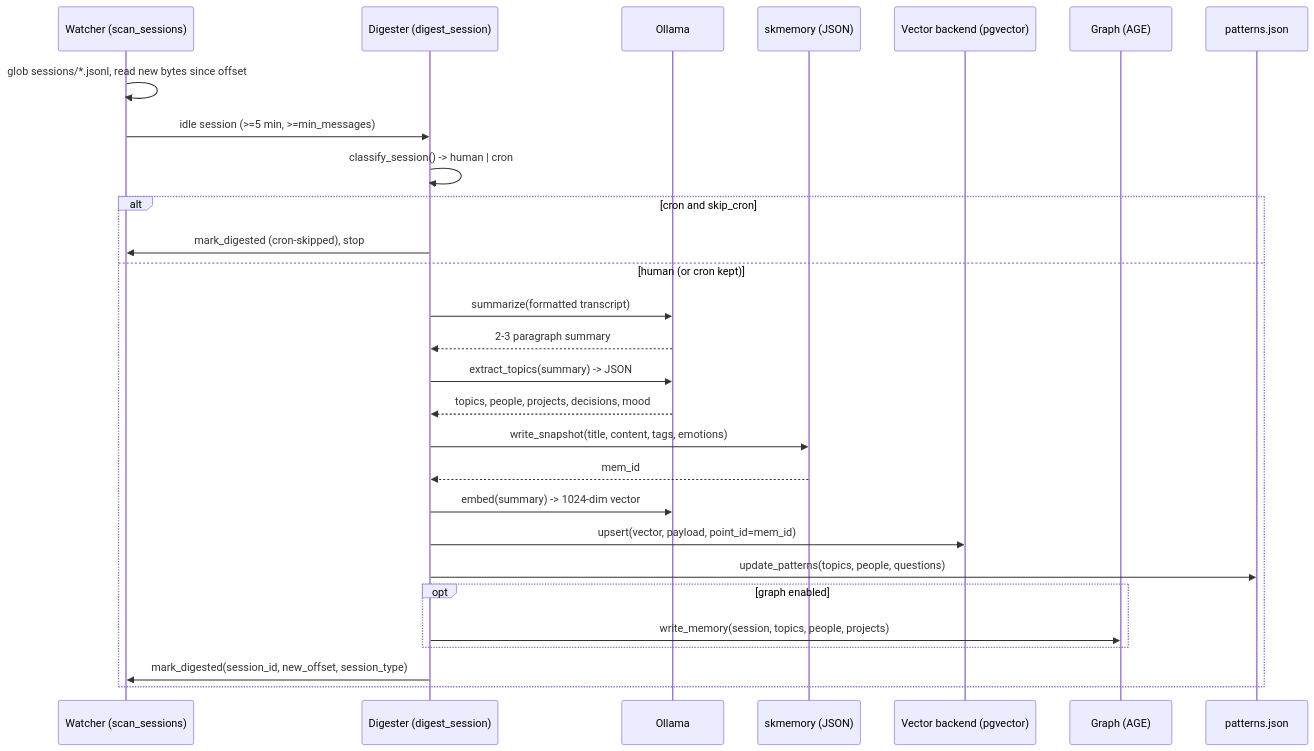
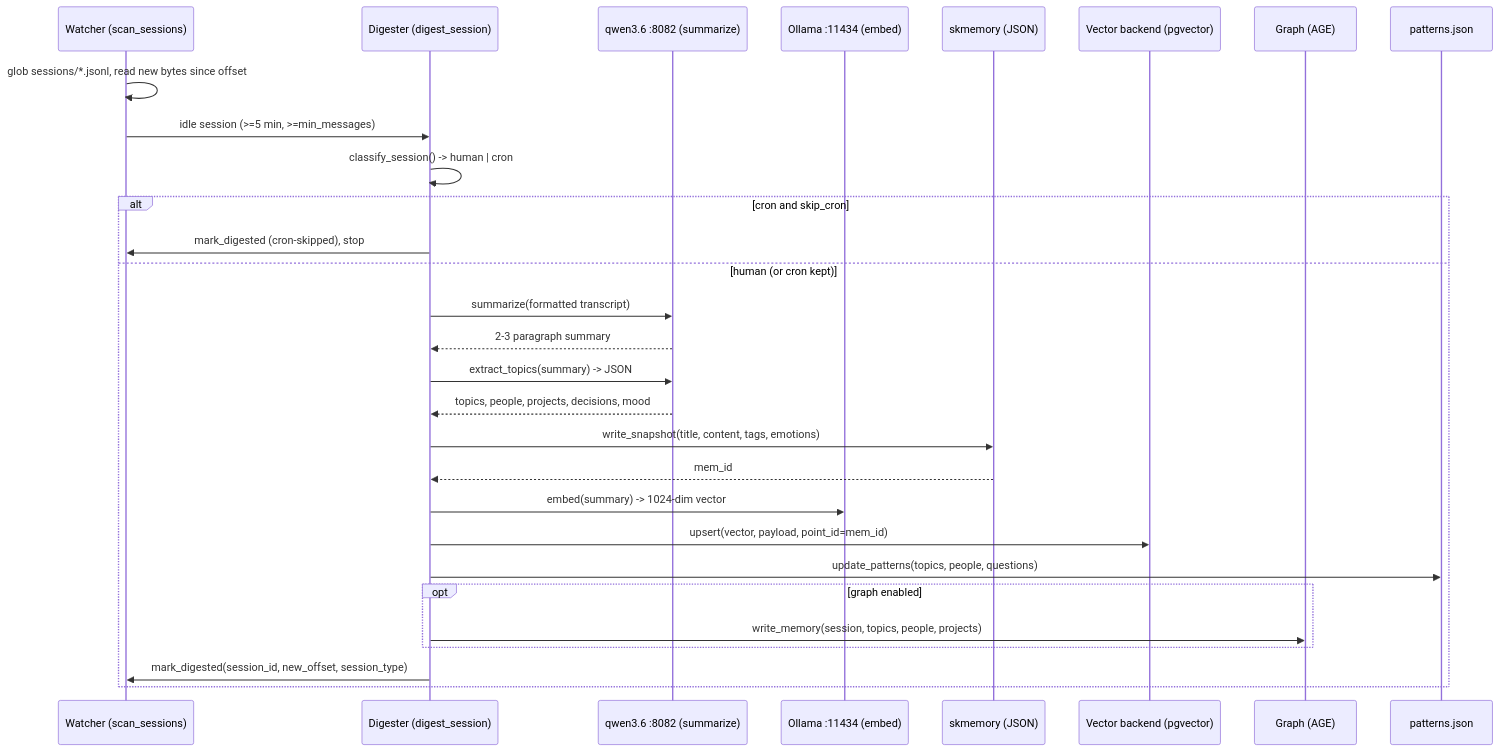
One commit to smilinTux/skwhisper changed the first of 5 diagrams in docs/ARCHITECTURE.md. Above: the diagram before and after it, drawn with Mermaid. The commit also changed other lines of this file and 13 other files, not shown here.

First line of the commit message:
digest: harden SessionEnd hook + route summarize to qwen3.6 (.100:8082)

````diff
--- a/docs/ARCHITECTURE.md
+++ b/docs/ARCHITECTURE.md
@@ -28,31 +28,32 @@
 ```mermaid
 sequenceDiagram
     participant W as Watcher (scan_sessions)
     participant D as Digester (digest_session)
-    participant O as Ollama
+    participant O as qwen3.6 :8082 (summarize)
+    participant E as Ollama :11434 (embed)
     participant M as skmemory (JSON)
     participant V as Vector backend (pgvector)
     participant G as Graph (AGE)
     participant P as patterns.json
 
     W->>W: glob sessions/*.jsonl, read new bytes since offset
     W->>D: idle session (>=5 min, >=min_messages)
     D->>D: classify_session() -> human | cron
     alt cron and skip_cron
         D->>W: mark_digested (cron-skipped), stop
     else human (or cron kept)
         D->>O: summarize(formatted transcript)
         O-->>D: 2-3 paragraph summary
         D->>O: extract_topics(summary) -> JSON
         O-->>D: topics, people, projects, decisions, mood
         D->>M: write_snapshot(title, content, tags, emotions)
         M-->>D: mem_id
-        D->>O: embed(summary) -> 1024-dim vector
+        D->>E: embed(summary) -> 1024-dim vector
         D->>V: upsert(vector, payload, point_id=mem_id)
         D->>P: update_patterns(topics, people, questions)
         opt graph enabled
             D->>G: write_memory(session, topics, people, projects)
         end
         D->>W: mark_digested(session_id, new_offset, session_type)
     end
 ```
````
